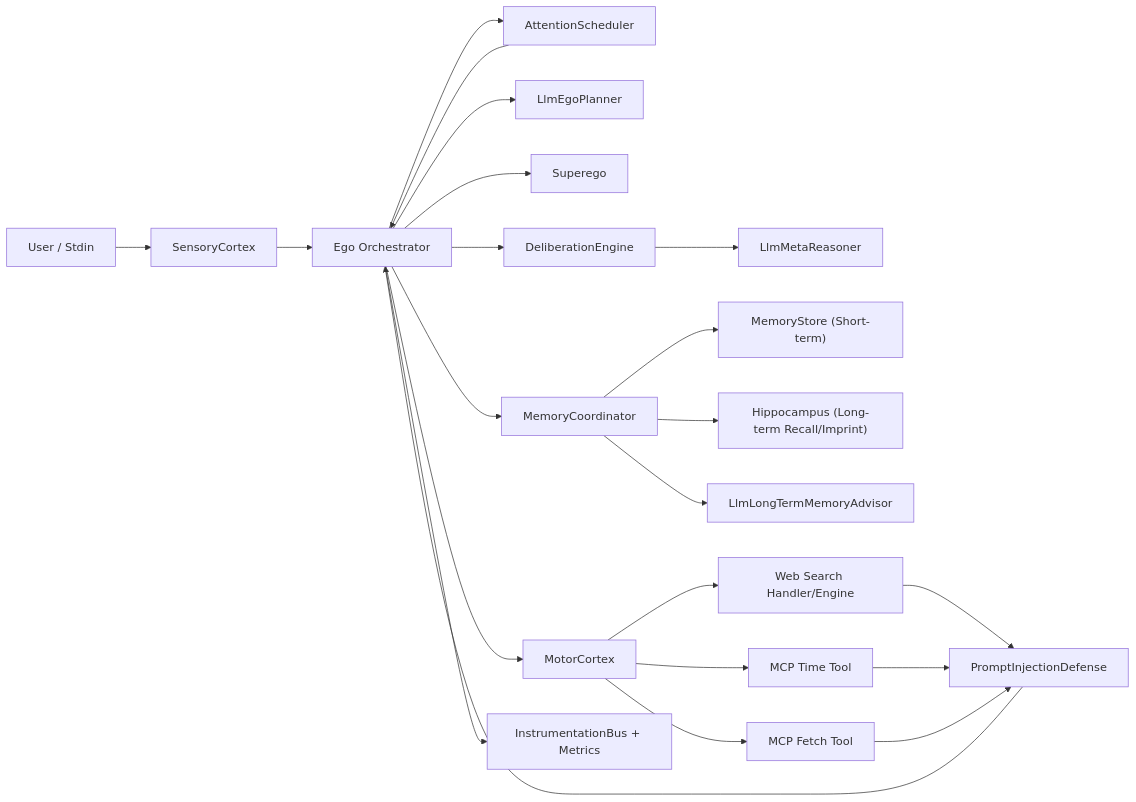
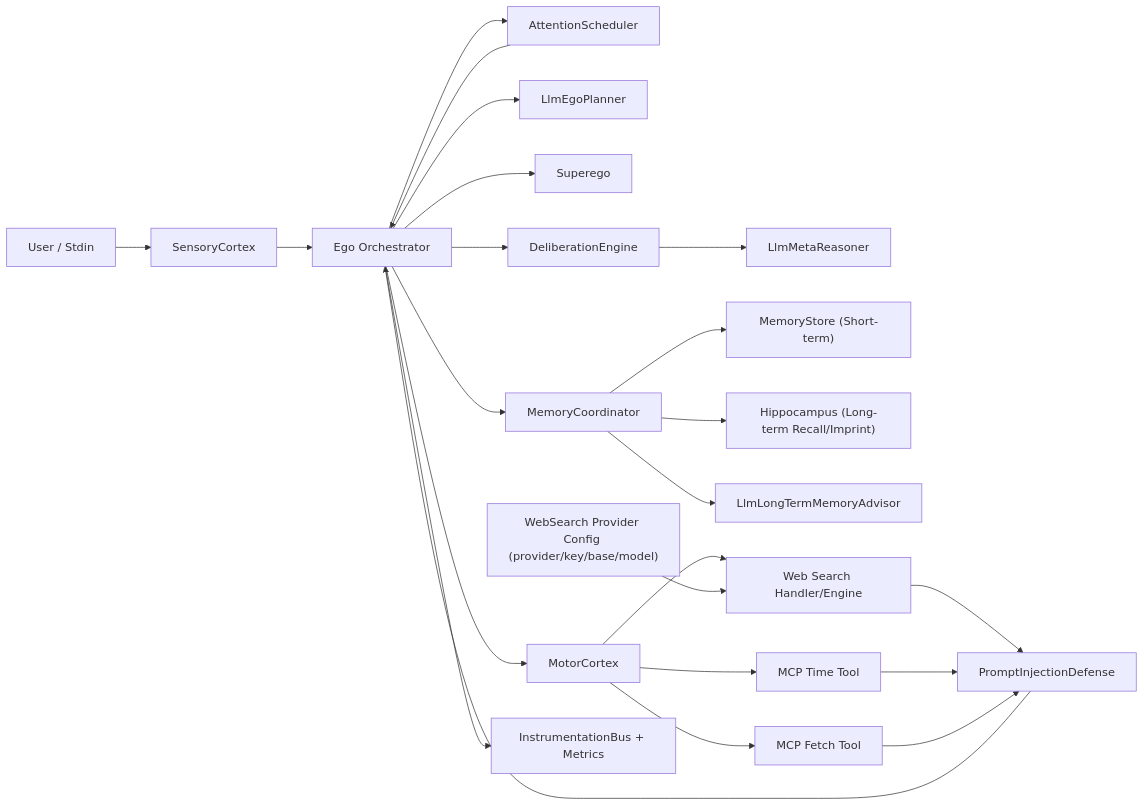
One commit to neopsyke/NeoPsyke changed the first of 4 diagrams in AGENT_LOGIC_DIAGRAM.md. Above: the diagram before and after it, drawn with Mermaid. The commit also changed other lines of this file and 34 other files, not shown here.

````diff
--- a/AGENT_LOGIC_DIAGRAM.md
+++ b/AGENT_LOGIC_DIAGRAM.md
@@ -8,30 +8,31 @@
 ```mermaid
 flowchart LR
     U["User / Stdin"] --> SC["SensoryCortex"]
     SC --> E["Ego Orchestrator"]
 
     E --> AS["AttentionScheduler"]
     AS --> E
 
     E --> P["LlmEgoPlanner"]
     E --> S["Superego"]
     E --> M["MotorCortex"]
 
     E --> DE["DeliberationEngine"]
     DE --> MR["LlmMetaReasoner"]
 
     E --> MC["MemoryCoordinator"]
     MC --> MS["MemoryStore (Short-term)"]
     MC --> H["Hippocampus (Long-term Recall/Imprint)"]
     MC --> LTM["LlmLongTermMemoryAdvisor"]
 
     M --> WS["Web Search Handler/Engine"]
+    CfgWS["WebSearch Provider Config (provider/key/base/model)"] --> WS
     M --> MT["MCP Time Tool"]
     M --> MF["MCP Fetch Tool"]
     WS --> PID["PromptInjectionDefense"]
     MT --> PID
     MF --> PID
     PID --> E
 
     E --> I["InstrumentationBus + Metrics"]
 ```
````
